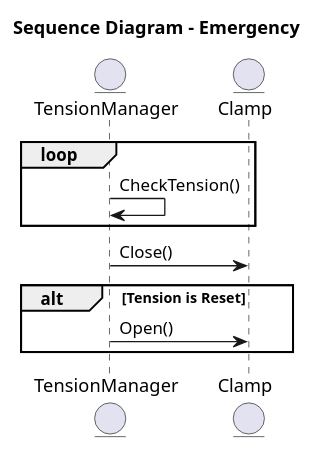
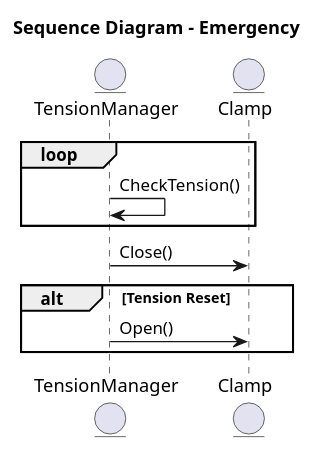
The third of 6 diagrams in Software Design & Algorithms/Elevator/Diagrams.puml (NathanThus/Technology-Semester-3), drawn with PlantUML before and after one commit. The commit also changed other lines of this file, not shown here.

```diff
--- a/Software Design & Algorithms/Elevator/Diagrams.puml
+++ b/Software Design & Algorithms/Elevator/Diagrams.puml
@@ -152,18 +151,17 @@
 @startuml Sequence_Emergency
 title Sequence Diagram - Emergency
 
 
 entity TensionManager
 entity Clamp
 
 loop
 TensionManager -> TensionManager : CheckTension()
 end
 TensionManager -> Clamp : Close()
 
-
-alt Tension is Reset
+alt Tension Reset
 TensionManager -> Clamp : Open()
 end
 
 @enduml
```
